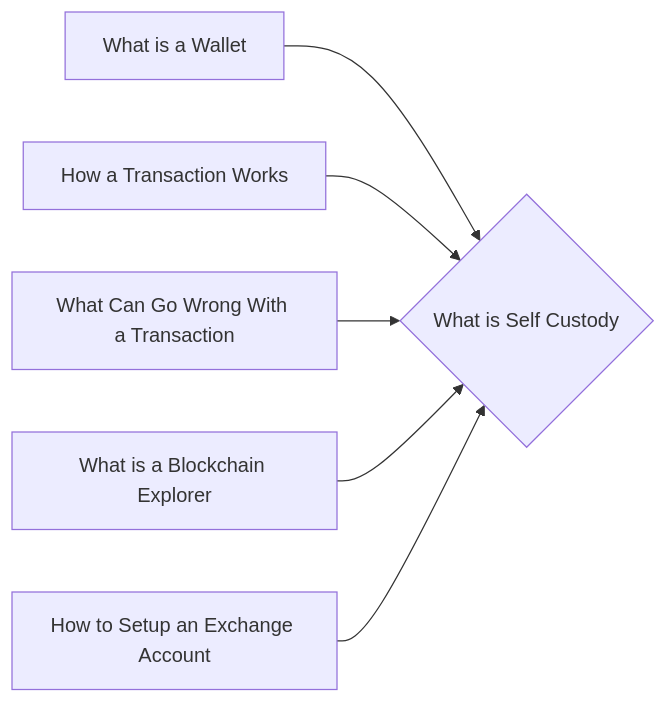
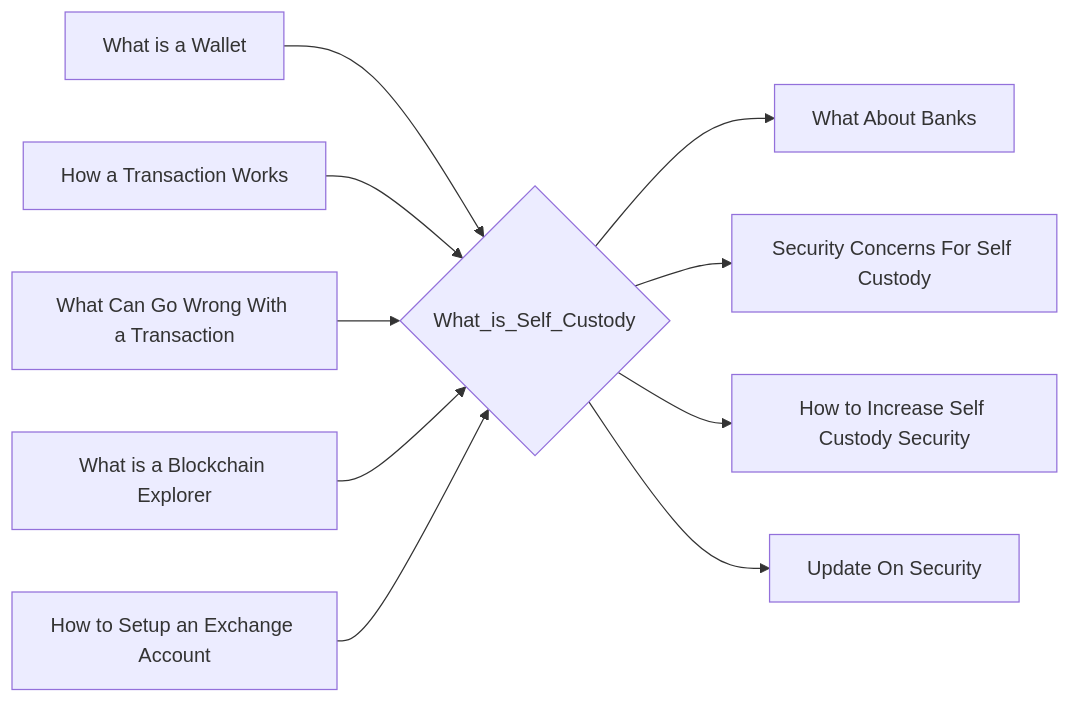
The diagram in notes/What_is_Self_Custody.md (lpurdy01/crypto-knowledge-map), drawn with Mermaid before and after one commit. The commit also changed 161 other files, not shown here.

````diff
--- a/notes/What_is_Self_Custody.md
+++ b/notes/What_is_Self_Custody.md
@@ -18,8 +18,12 @@
 ```mermaid
 graph LR
-1["What is a Wallet"]-->0{"What is Self Custody"}
-2["How a Transaction Works"]-->0{"What is Self Custody"}
-3["What Can Go Wrong With a Transaction"]-->0{"What is Self Custody"}
-4["What is a Blockchain Explorer"]-->0{"What is Self Custody"}
-5["How to Setup an Exchange Account"]-->0{"What is Self Custody"}
+1["What is a Wallet"]-->0{"What_is_Self_Custody"}
+2["How a Transaction Works"]-->0{"What_is_Self_Custody"}
+3["What Can Go Wrong With a Transaction"]-->0{"What_is_Self_Custody"}
+4["What is a Blockchain Explorer"]-->0{"What_is_Self_Custody"}
+5["How to Setup an Exchange Account"]-->0{"What_is_Self_Custody"}
+0{"What_is_Self_Custody"}-->6["What About Banks"]
+0{"What_is_Self_Custody"}-->7["Security Concerns For Self Custody"]
+0{"What_is_Self_Custody"}-->8["How to Increase Self Custody Security"]
+0{"What_is_Self_Custody"}-->9["Update On Security"]
 ```
````
